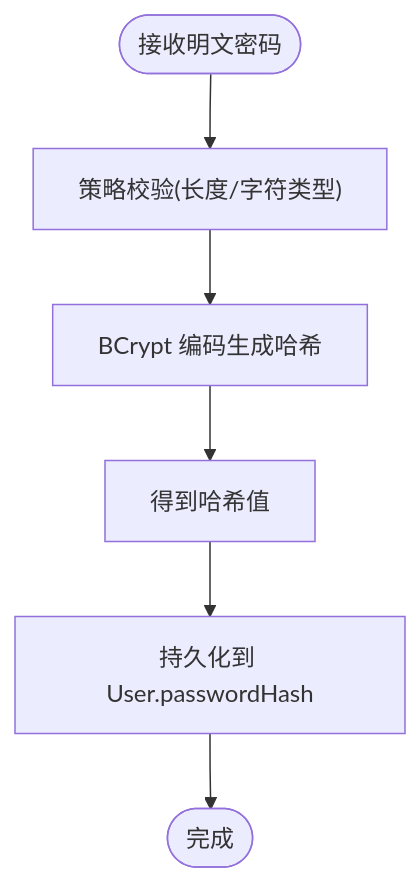
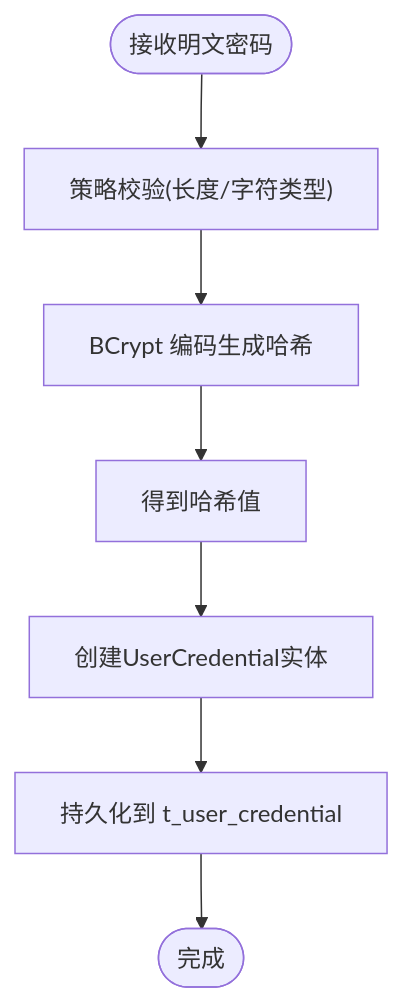
One commit to fq0121104930716/iam-platform changed the fourth of 7 diagrams in .qoder/repowiki/zh/content/项目概述/核心功能/用户管理功能.md. Above: the diagram before and after it, drawn with Mermaid. The commit also changed other lines of this file and 46 other files, not shown here.

````diff
--- a/.qoder/repowiki/zh/content/项目概述/核心功能/用户管理功能.md
+++ b/.qoder/repowiki/zh/content/项目概述/核心功能/用户管理功能.md
@@ -276,8 +501,9 @@
 ```mermaid
 flowchart TD
 Start(["接收明文密码"]) --> Validate["策略校验(长度/字符类型)"]
 Validate --> Encode["BCrypt 编码生成哈希"]
 Encode --> Hashed["得到哈希值"]
-Hashed --> Save["持久化到 User.passwordHash"]
+Hashed --> CreateCred["创建UserCredential实体"]
+CreateCred --> Save["持久化到 t_user_credential"]
 Save --> End(["完成"])
 ```
````
